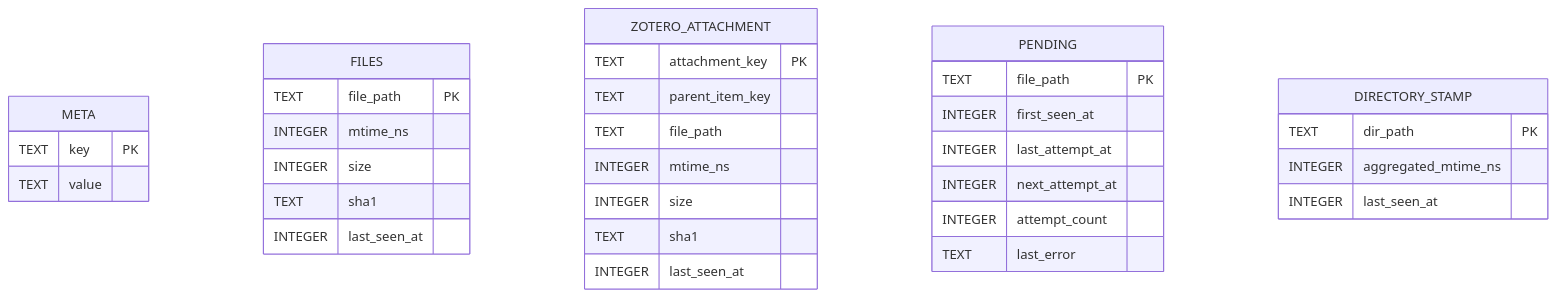
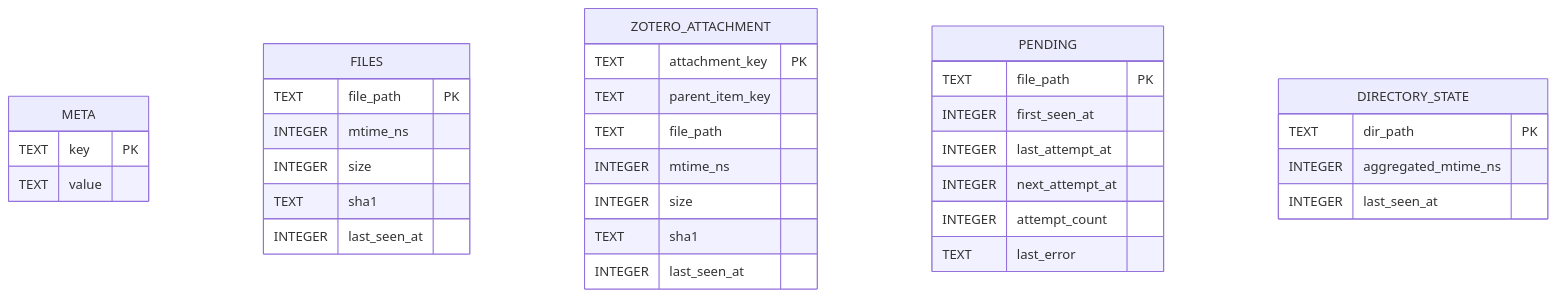
One commit to glyphcat/zotomatic changed the diagram in docs/er-diagram.md. Above: the diagram before and after it, drawn with Mermaid. The commit also changed 3 other files, not shown here.

Commit message:
refactor: rename DIRECTORY_STAMP to DIRECTORY_STATE

````diff
--- a/docs/er-diagram.md
+++ b/docs/er-diagram.md
@@ -1,40 +1,40 @@
 ```mermaid
 erDiagram
     META {
         TEXT key PK
         TEXT value
     }
 
     FILES {
         TEXT file_path PK
         INTEGER mtime_ns
         INTEGER size
         TEXT sha1
         INTEGER last_seen_at
     }
 
     ZOTERO_ATTACHMENT {
         TEXT attachment_key PK
         TEXT parent_item_key
         TEXT file_path
         INTEGER mtime_ns
         INTEGER size
         TEXT sha1
         INTEGER last_seen_at
     }
 
     PENDING {
         TEXT file_path PK
         INTEGER first_seen_at
         INTEGER last_attempt_at
         INTEGER next_attempt_at
         INTEGER attempt_count
         TEXT last_error
     }
 
-    DIRECTORY_STAMP {
+    DIRECTORY_STATE {
         TEXT dir_path PK
         INTEGER aggregated_mtime_ns
         INTEGER last_seen_at
     }
 ```
````
